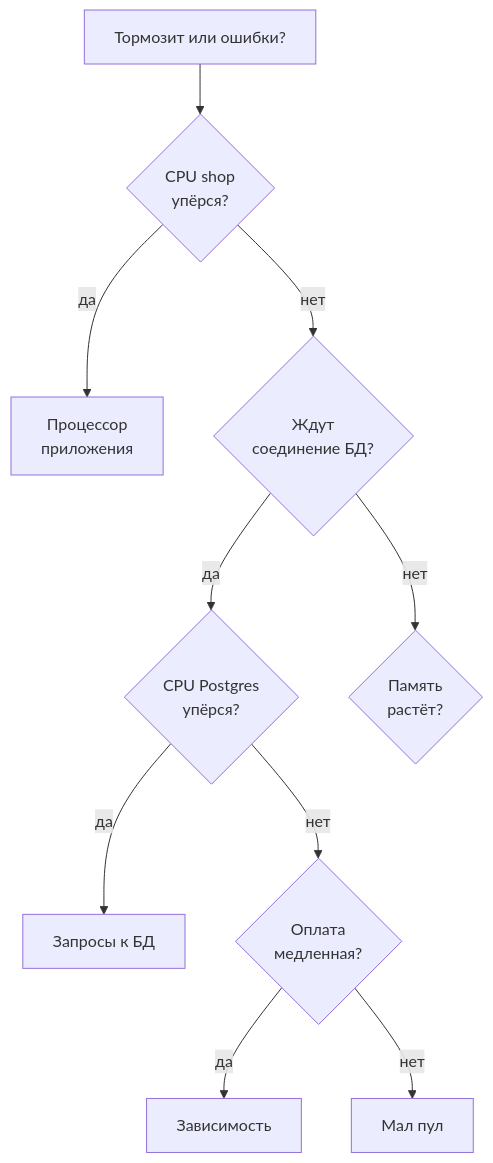
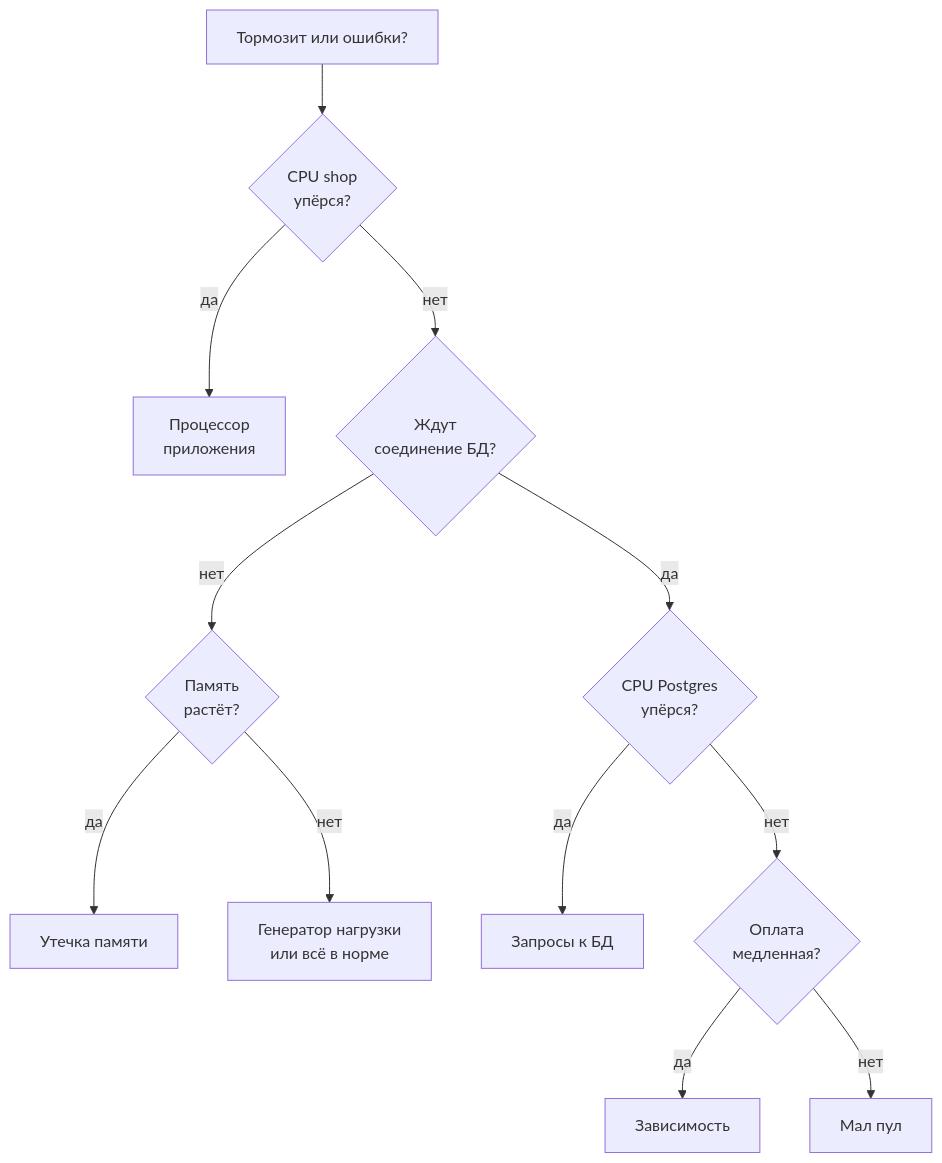
The second of 2 diagrams in 11-bottlenecks/01-method.md (distinguished-sre/load-tester), drawn with Mermaid before and after one commit. The commit also changed other lines of this file and 12 other files, not shown here.

````diff
--- a/11-bottlenecks/01-method.md
+++ b/11-bottlenecks/01-method.md
@@ -173,12 +177,14 @@
 ```mermaid
 flowchart TD
     S["Тормозит или ошибки?"] --> Q1{"CPU shop<br>упёрся?"}
     Q1 -->|"да"| L1["Процессор<br>приложения"]
     Q1 -->|"нет"| Q2{"Ждут<br>соединение БД?"}
     Q2 -->|"да"| Q3{"CPU Postgres<br>упёрся?"}
     Q2 -->|"нет"| Q5{"Память<br>растёт?"}
+    Q5 -->|"да"| L6["Утечка памяти"]
+    Q5 -->|"нет"| L7["Генератор нагрузки<br>или всё в норме"]
     Q3 -->|"да"| L3["Запросы к БД"]
     Q3 -->|"нет"| Q4{"Оплата<br>медленная?"}
     Q4 -->|"да"| L4["Зависимость"]
     Q4 -->|"нет"| L5["Мал пул"]
 ```
````
